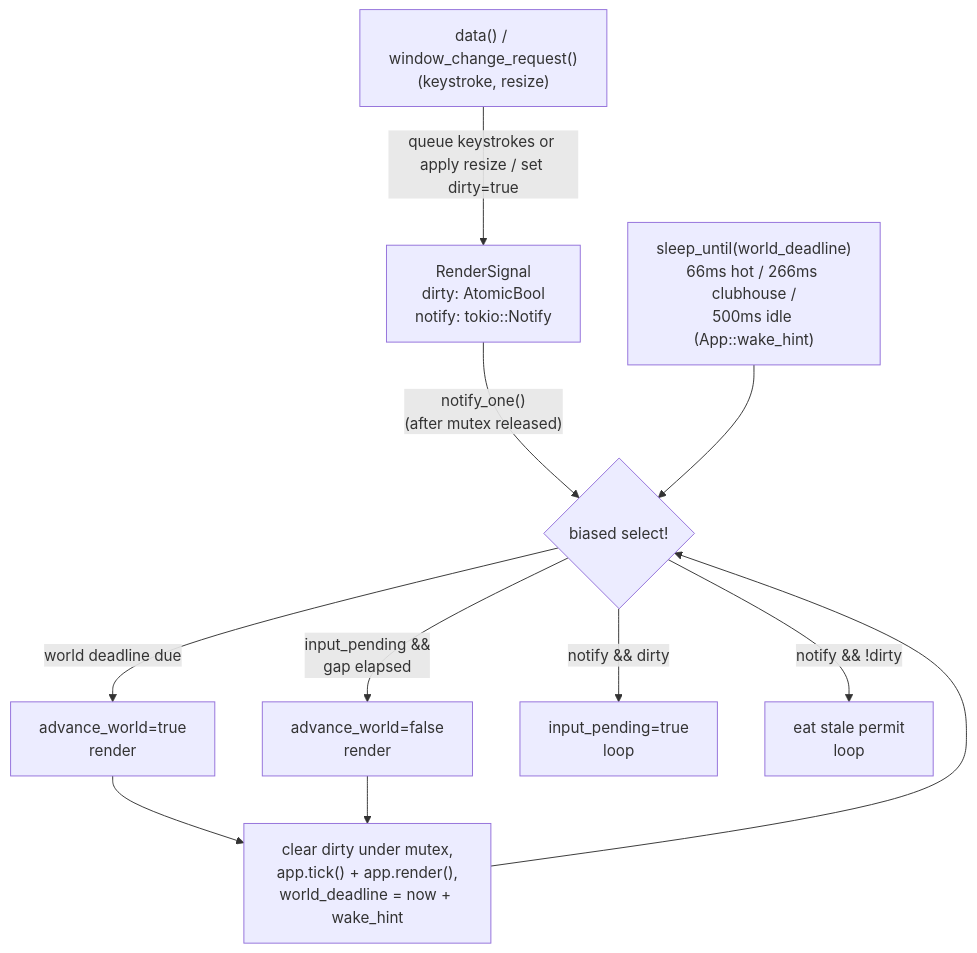
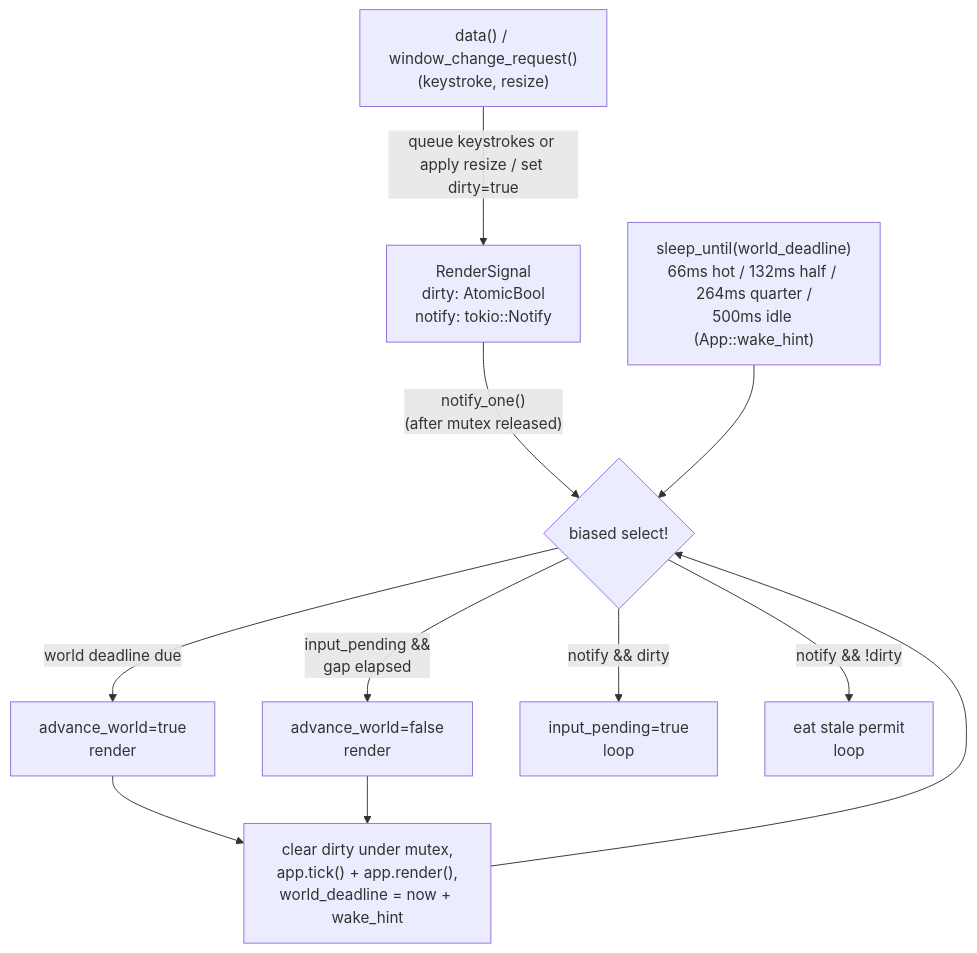
One commit to mpiorowski/late-sh changed the fifth of 6 diagrams in CONTEXT.md. Above: the diagram before and after it, drawn with Mermaid. The commit also changed other lines of this file and 45 other files, not shown here.

````diff
--- a/CONTEXT.md
+++ b/CONTEXT.md
@@ -312,14 +312,14 @@
 ```mermaid
 flowchart TD
     INPUT["data() / window_change_request()<br/>(keystroke, resize)"] -->|"queue keystrokes or apply resize / set dirty=true"| SIGNAL
     SIGNAL["RenderSignal<br/>dirty: AtomicBool<br/>notify: tokio::Notify"] -->|"notify_one()<br/>(after mutex released)"| LOOP
-    WT["sleep_until(world_deadline)<br/>66ms hot / 266ms clubhouse /<br/>500ms idle (App::wake_hint)"] --> LOOP
+    WT["sleep_until(world_deadline)<br/>66ms hot / 132ms half / 264ms quarter /<br/>500ms idle (App::wake_hint)"] --> LOOP
     LOOP{"biased select!"}
     LOOP -->|"world deadline due"| ADVANCE["advance_world=true<br/>render"]
     LOOP -->|"input_pending &&<br/>gap elapsed"| RENDER["advance_world=false<br/>render"]
     LOOP -->|"notify && dirty"| ARM["input_pending=true<br/>loop"]
     LOOP -->|"notify && !dirty"| DROP["eat stale permit<br/>loop"]
     ADVANCE --> CLEAR["clear dirty under mutex,<br/>app.tick() + app.render(),<br/>world_deadline = now + wake_hint"]
     RENDER --> CLEAR
     CLEAR --> LOOP
 ```
````
